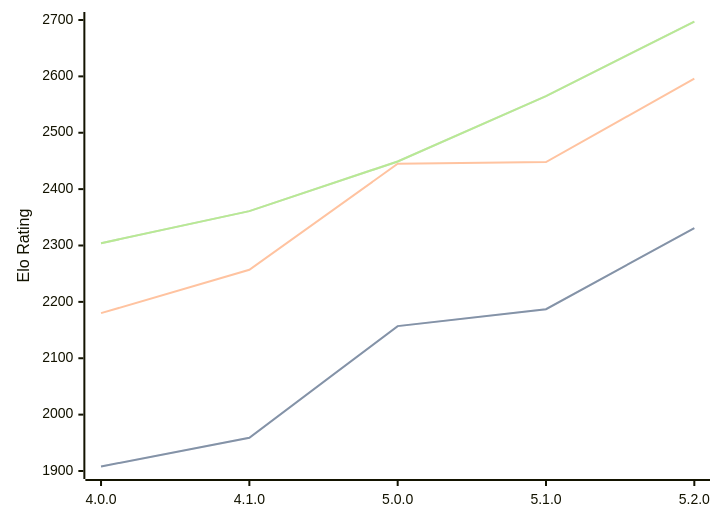
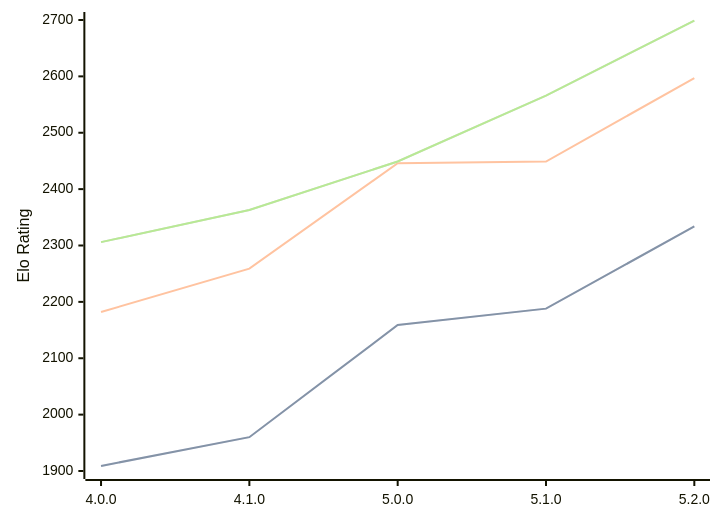
One commit to computer-chess-index/cci changed the diagram in engines/Aconcagua.md. Above: the diagram before and after it, drawn with Mermaid. The commit also changed other lines of this file, not shown here.

Commit message:
Update CCI Ratings (ELO VLTC) - 2026-08-26

````diff
--- a/engines/Aconcagua.md
+++ b/engines/Aconcagua.md
@@ -35,11 +35,11 @@
 ```mermaid
 %%{init: {"theme":"base","themeVariables":{"seriesColors:['#a3a3a3','#222221','#faa371']}}}%%
 xychart-beta
   x-axis ["4.0.0", "4.1.0", "5.0.0", "5.1.0", "5.2.0"]
   y-axis "Elo Rating" 1900 --> 2700
-  line "STC (8.0+0.08s)" [1908, 1959, 2157, 2187, 2331]
-  line "STC (8.0+0.08s)" [1908, 1959, 2157, 2187, 2331]
-  line "LTC (60.0+0.60s)" [2180, 2257, 2445, 2448, 2596]
-  line "VLTC (2m24s+1.12s)" [2304, 2361, 2449, 2565, 2697]
-  line "VLTC (2m24s+1.12s)" [2304, 2361, 2449, 2565, 2697]
+  line "STC (8.0+0.08s)" [1909, 1960, 2159, 2188, 2334]
+  line "STC (8.0+0.08s)" [1909, 1960, 2159, 2188, 2334]
+  line "LTC (60.0+0.60s)" [2182, 2259, 2446, 2449, 2597]
+  line "VLTC (2m24s+1.12s)" [2306, 2363, 2449, 2566, 2699]
+  line "VLTC (2m24s+1.12s)" [2306, 2363, 2449, 2566, 2699]
 ```
````
